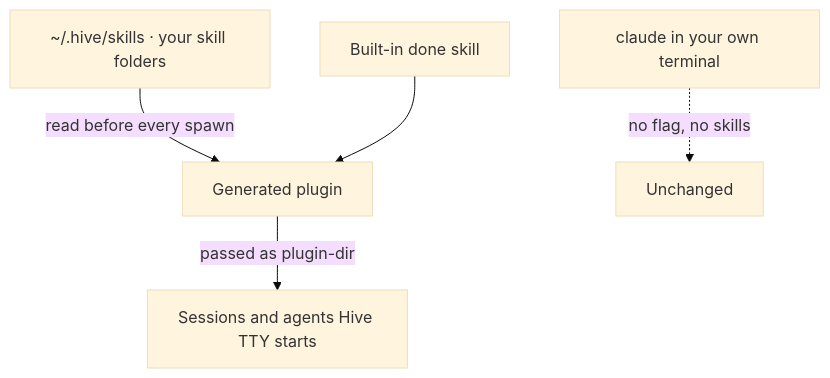
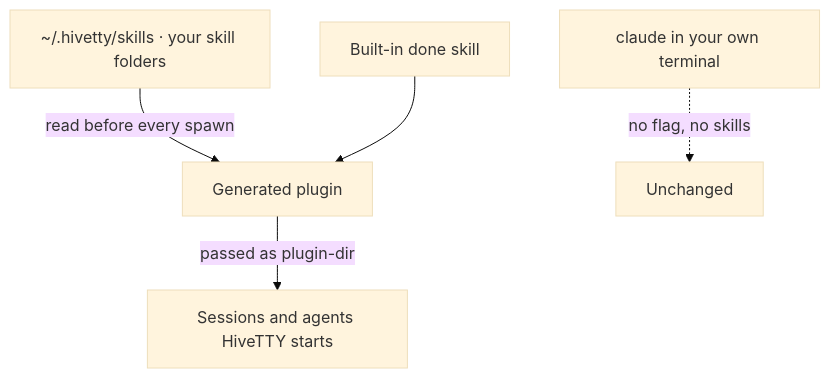
Before and after one commit to behiques/hivetty: the diagram in docs/assets/diagrams/skills.mmd, drawn with Mermaid (base theme). The commit also changed 280 other files, not shown here.

First line of the commit message:
HIVE-242: rename the fork to HiveTTY (#119)

```diff
--- a/docs/assets/diagrams/skills.mmd
+++ b/docs/assets/diagrams/skills.mmd
@@ -1,5 +1,5 @@
 flowchart TD
-  src[~/.hive/skills · your skill folders] -->|read before every spawn| plug[Generated plugin]
+  src[~/.hivetty/skills · your skill folders] -->|read before every spawn| plug[Generated plugin]
   builtin[Built-in done skill] --> plug
-  plug -->|passed as plugin-dir| hive[Sessions and agents Hive TTY starts]
+  plug -->|passed as plugin-dir| hive[Sessions and agents HiveTTY starts]
   own[claude in your own terminal] -.->|no flag, no skills| same[Unchanged]
```
